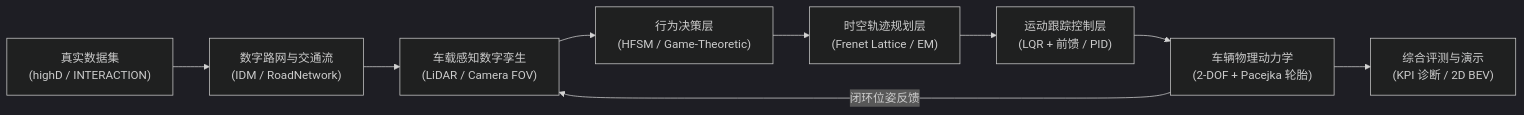
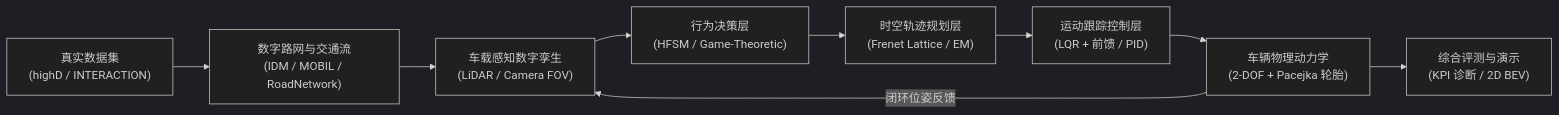
Before and after one commit to fwwwwjj/intelligent-vehicle-simulation: the diagram in README.md, drawn with Mermaid (dark theme). The commit also changed other lines of this file and 6 other files, not shown here.

````diff
--- a/README.md
+++ b/README.md
@@ -41,11 +44,11 @@
 ```mermaid
 flowchart LR
-    A["真实数据集<br/>(highD / INTERACTION)"] --> B["数字路网与交通流<br/>(IDM / RoadNetwork)"]
+    A["真实数据集<br/>(highD / INTERACTION)"] --> B["数字路网与交通流<br/>(IDM / MOBIL / RoadNetwork)"]
     B --> C["车载感知数字孪生<br/>(LiDAR / Camera FOV)"]
     C --> D["行为决策层<br/>(HFSM / Game-Theoretic)"]
     D --> E["时空轨迹规划层<br/>(Frenet Lattice / EM)"]
     E --> F["运动跟踪控制层<br/>(LQR + 前馈 / PID)"]
     F --> G["车辆物理动力学<br/>(2-DOF + Pacejka 轮胎)"]
     G -->|闭环位姿反馈| C
     G --> H["综合评测与演示<br/>(KPI 诊断 / 2D BEV)"]
 ```
````
